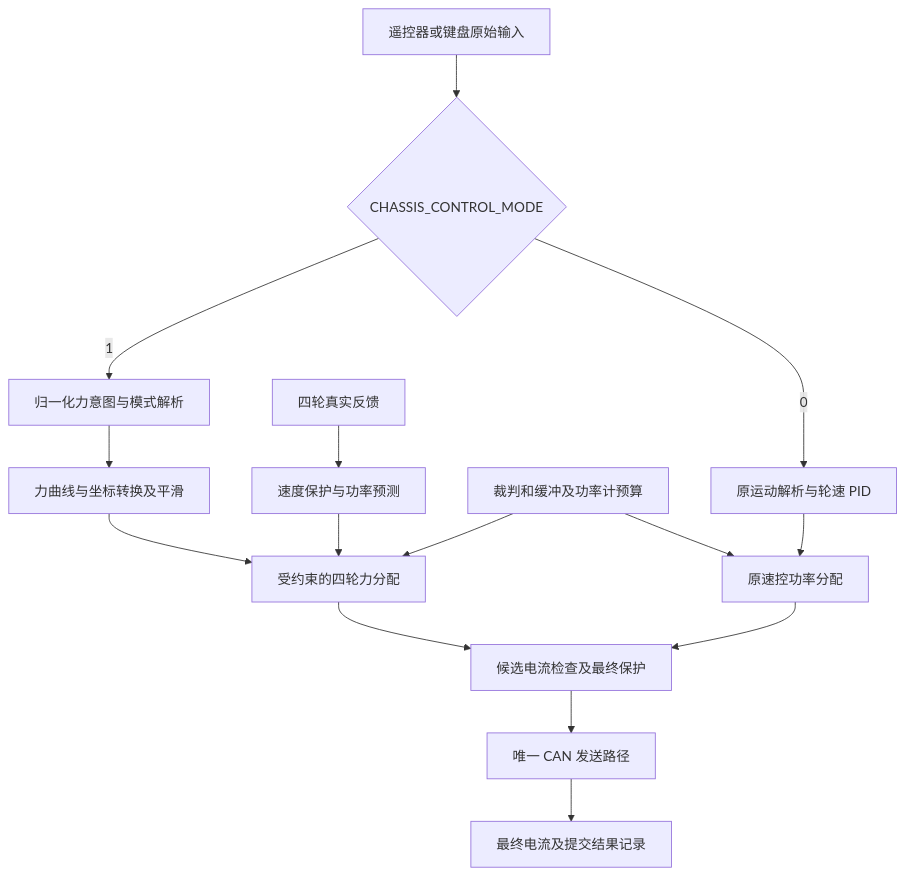
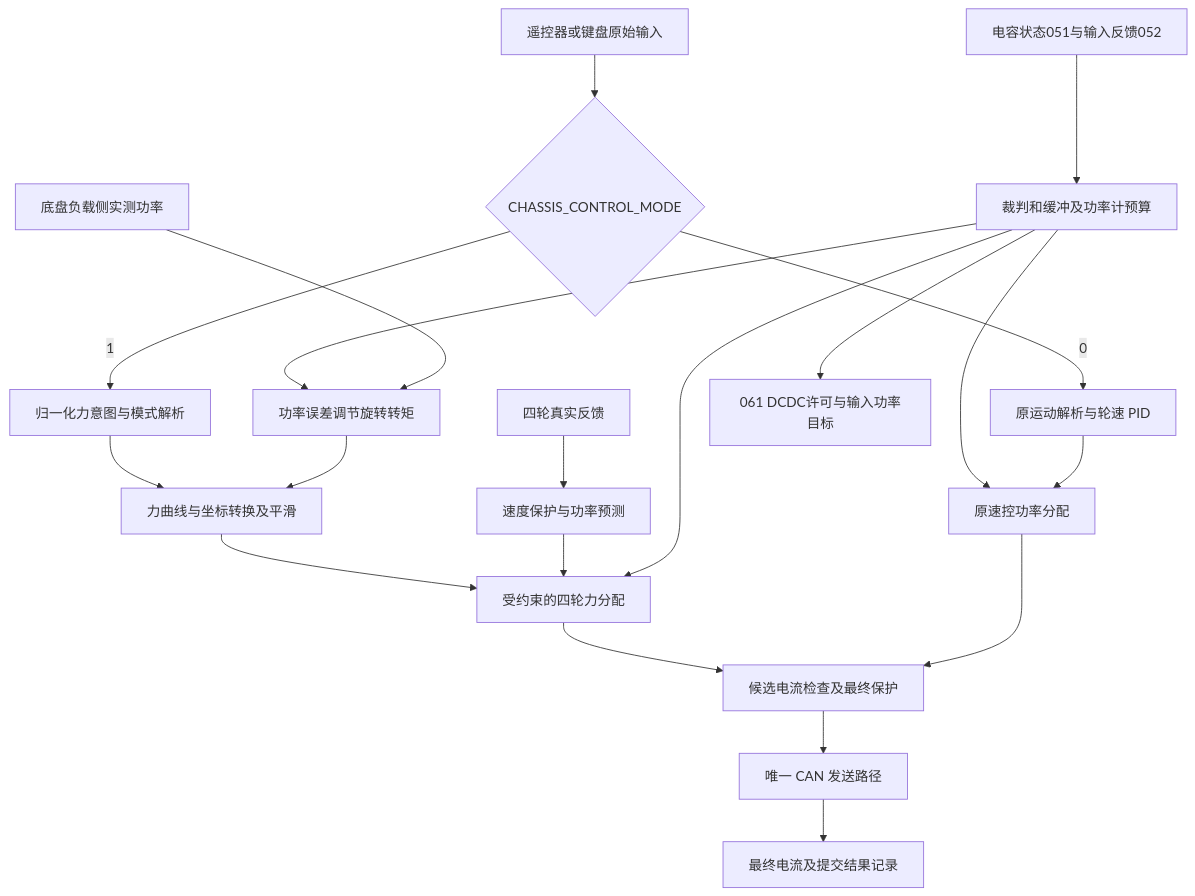
Before and after one commit to ZONTIX6/NSEonLu-atype: the diagram in docs/superpowers/specs/2026-10-25-chassis-direct-force-control-design.md, drawn with Mermaid. The commit also changed other lines of this file, not shown here.

Commit message:
docs: extend direct force design with power and supercap control

````diff
--- a/docs/superpowers/specs/2026-10-25-chassis-direct-force-control-design.md
+++ b/docs/superpowers/specs/2026-10-25-chassis-direct-force-control-design.md
@@ -133,17 +166,22 @@
 ```mermaid
 flowchart TD
     INPUT[遥控器或键盘原始输入] --> MODE{CHASSIS_CONTROL_MODE}
     MODE -->|0| SPEED[原运动解析与轮速 PID]
     MODE -->|1| INTENT[归一化力意图与模式解析]
     INTENT --> FORCE[力曲线与坐标转换及平滑]
     FORCE --> ALLOC[受约束的四轮力分配]
     FEEDBACK[四轮真实反馈] --> LIMITS[速度保护与功率预测]
     LIMITS --> ALLOC
     BUDGET[裁判和缓冲及功率计预算] --> ALLOC
+    BUDGET --> SPINPOWER[功率误差调节旋转转矩]
+    METER[底盘负载侧实测功率] --> SPINPOWER
+    SPINPOWER --> FORCE
+    CAP[电容状态051与输入反馈052] --> BUDGET
+    BUDGET --> CAPCMD[061 DCDC许可与输入功率目标]
     BUDGET --> SPEEDPOWER[原速控功率分配]
     SPEED --> SPEEDPOWER
     ALLOC --> GUARD[候选电流检查及最终保护]
     SPEEDPOWER --> GUARD
     GUARD --> CAN[唯一 CAN 发送路径]
     CAN --> RECORD[最终电流及提交结果记录]
 ```
````
